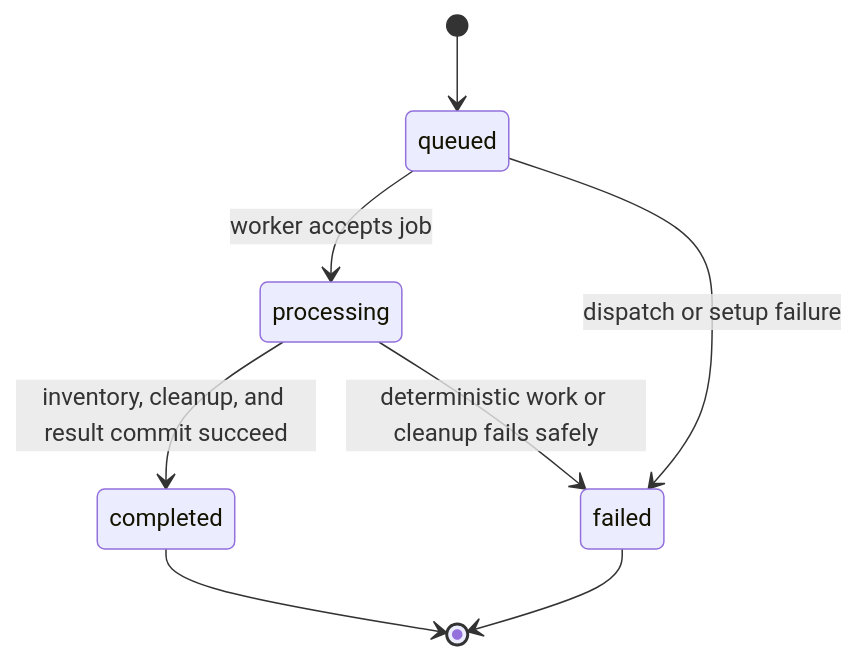
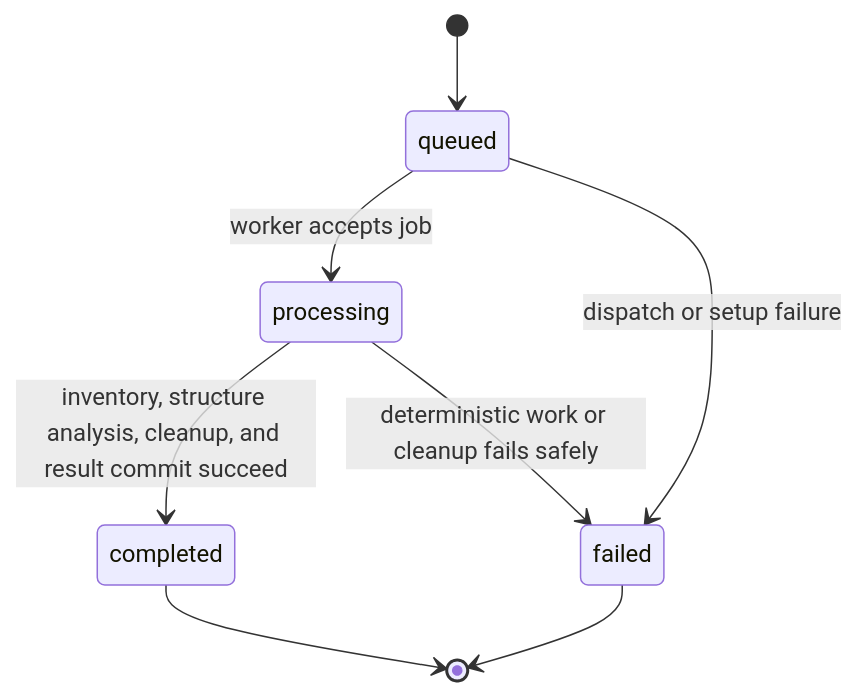
One commit to vedatbulucular/repolens changed the second of 3 diagrams in docs/architecture.md. Above: the diagram before and after it, drawn with Mermaid. The commit also changed other lines of this file and 32 other files, not shown here.

Commit message:
feat(api): add safe source structure analysis

````diff
--- a/docs/architecture.md
+++ b/docs/architecture.md
@@ -64,10 +65,10 @@
 ```mermaid
 stateDiagram-v2
     [*] --> queued
     queued --> processing: worker accepts job
     queued --> failed: dispatch or setup failure
-    processing --> completed: inventory, cleanup, and result commit succeed
+    processing --> completed: inventory, structure analysis, cleanup, and result commit succeed
     processing --> failed: deterministic work or cleanup fails safely
     completed --> [*]
     failed --> [*]
 ```
````
